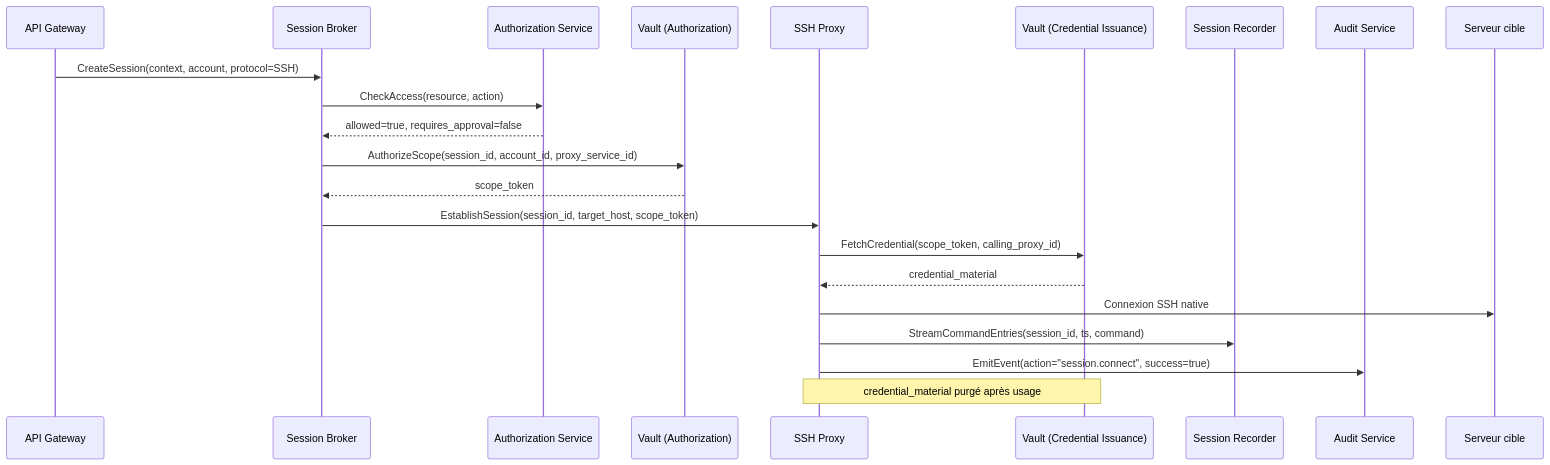
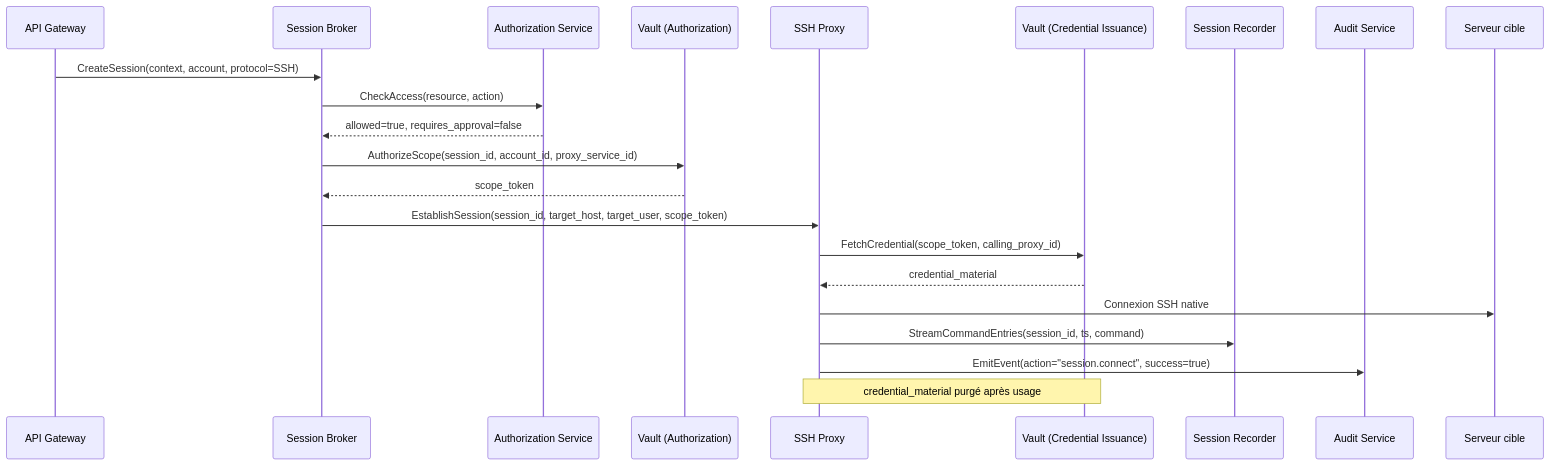
Before and after one commit to openbastion/openbastion: the diagram in docs/architecture/OpenBastion_07_Interfaces_Inter_Services.md, drawn with Mermaid. The commit also changed other lines of this file and 6 other files, not shown here.

````diff
--- a/docs/architecture/OpenBastion_07_Interfaces_Inter_Services.md
+++ b/docs/architecture/OpenBastion_07_Interfaces_Inter_Services.md
@@ -304,25 +305,25 @@
 ```mermaid
 sequenceDiagram
     participant GW as API Gateway
     participant BRK as Session Broker
     participant AUTHZ as Authorization Service
     participant VAULT as Vault (Authorization)
     participant PXY as SSH Proxy
     participant CRED as Vault (Credential Issuance)
     participant REC as Session Recorder
     participant AUD as Audit Service
     participant TGT as Serveur cible
 
     GW->>BRK: CreateSession(context, account, protocol=SSH)
     BRK->>AUTHZ: CheckAccess(resource, action)
     AUTHZ-->>BRK: allowed=true, requires_approval=false
     BRK->>VAULT: AuthorizeScope(session_id, account_id, proxy_service_id)
     VAULT-->>BRK: scope_token
-    BRK->>PXY: EstablishSession(session_id, target_host, scope_token)
+    BRK->>PXY: EstablishSession(session_id, target_host, target_user, scope_token)
     PXY->>CRED: FetchCredential(scope_token, calling_proxy_id)
     CRED-->>PXY: credential_material
     PXY->>TGT: Connexion SSH native
     PXY->>REC: StreamCommandEntries(session_id, ts, command)
     PXY->>AUD: EmitEvent(action="session.connect", success=true)
     Note over PXY,CRED: credential_material purgé après usage
 ```
````
